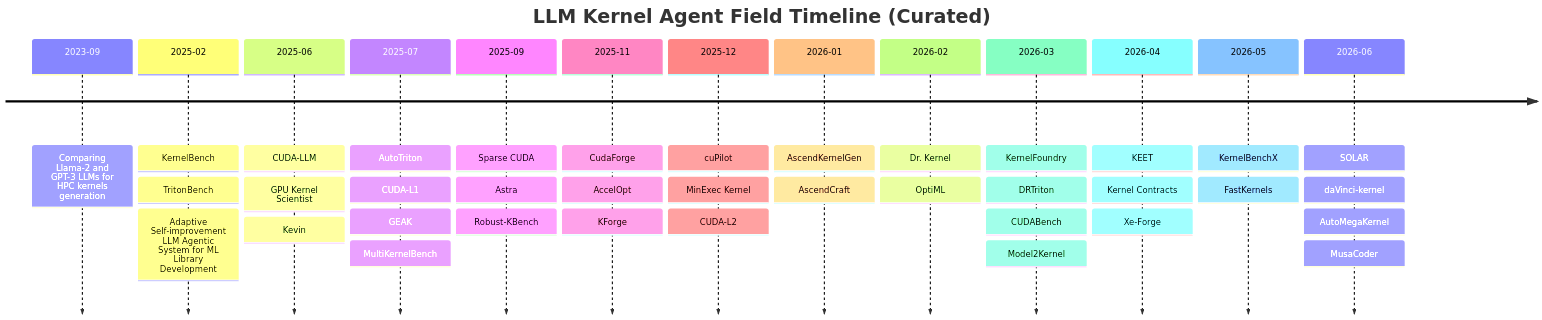
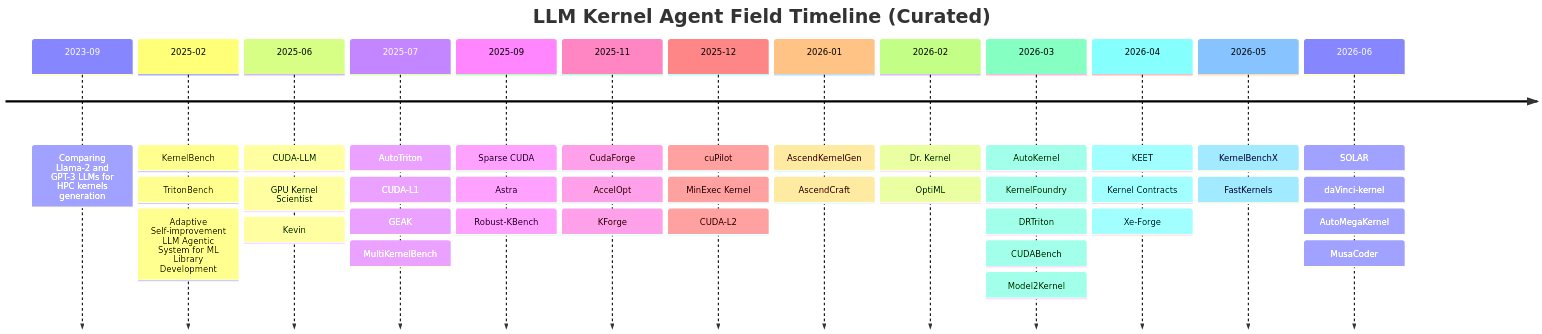
Before and after one commit to qhy991/Awesome-LLM-Kernel-Agent: the first of 3 diagrams in README.md, drawn with Mermaid. The commit also changed other lines of this file and 13 other files, not shown here.

First line of the commit message:
Add AutoKernel paper from RightNow AI with landscape sync.

````diff
--- a/README.md
+++ b/README.md
@@ -63,41 +63,42 @@
 ```mermaid
 timeline
     title LLM Kernel Agent Field Timeline (Curated)
     2023-09 : Comparing Llama-2 and GPT-3 LLMs for HPC kernels generation
     2025-02 : KernelBench
              : TritonBench
              : Adaptive Self-improvement LLM Agentic System for ML Library Development
     2025-06 : CUDA-LLM
              : GPU Kernel Scientist
              : Kevin
     2025-07 : AutoTriton
              : CUDA-L1
              : GEAK
              : MultiKernelBench
     2025-09 : Sparse CUDA
              : Astra
              : Robust-KBench
     2025-11 : CudaForge
              : AccelOpt
              : KForge
     2025-12 : cuPilot
              : MinExec Kernel
              : CUDA-L2
     2026-01 : AscendKernelGen
              : AscendCraft
     2026-02 : Dr. Kernel
              : OptiML
-    2026-03 : KernelFoundry
+    2026-03 : AutoKernel
+             : KernelFoundry
              : DRTriton
              : CUDABench
              : Model2Kernel
     2026-04 : KEET
              : Kernel Contracts
              : Xe-Forge
     2026-05 : KernelBenchX
              : FastKernels
     2026-06 : SOLAR
              : daVinci-kernel
              : AutoMegaKernel
              : MusaCoder
 ```
````
